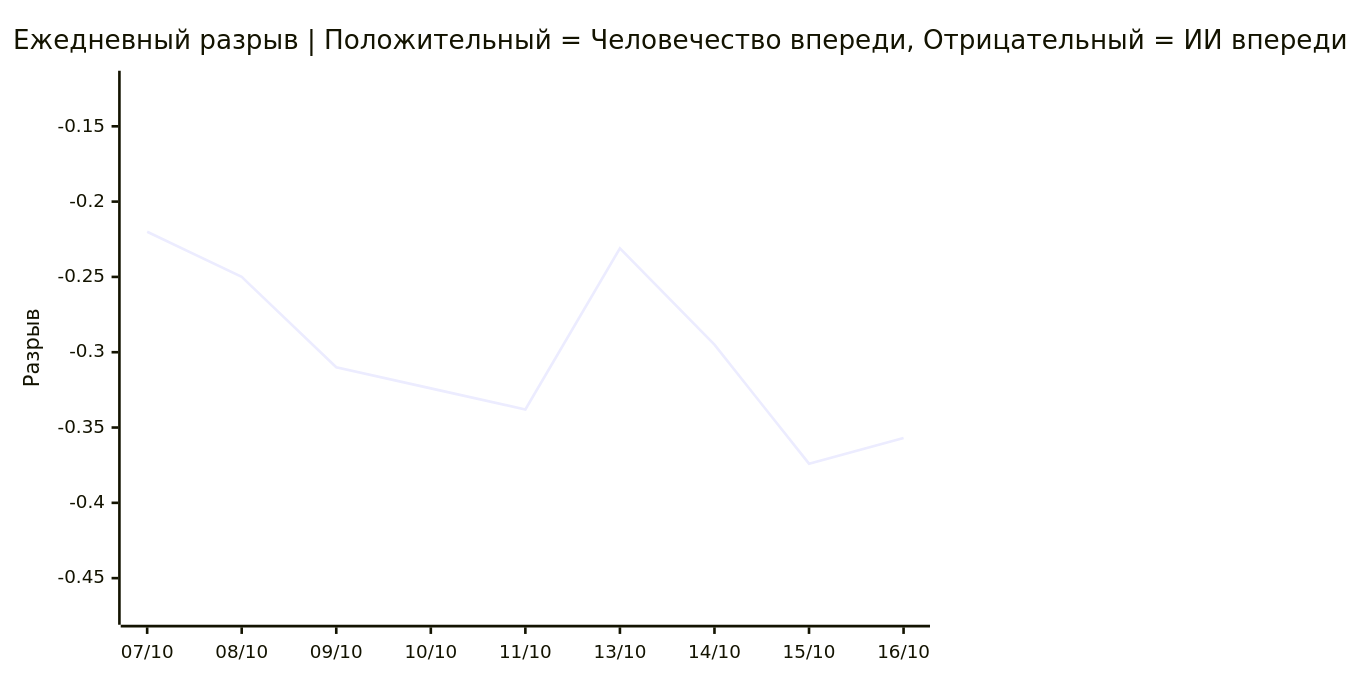
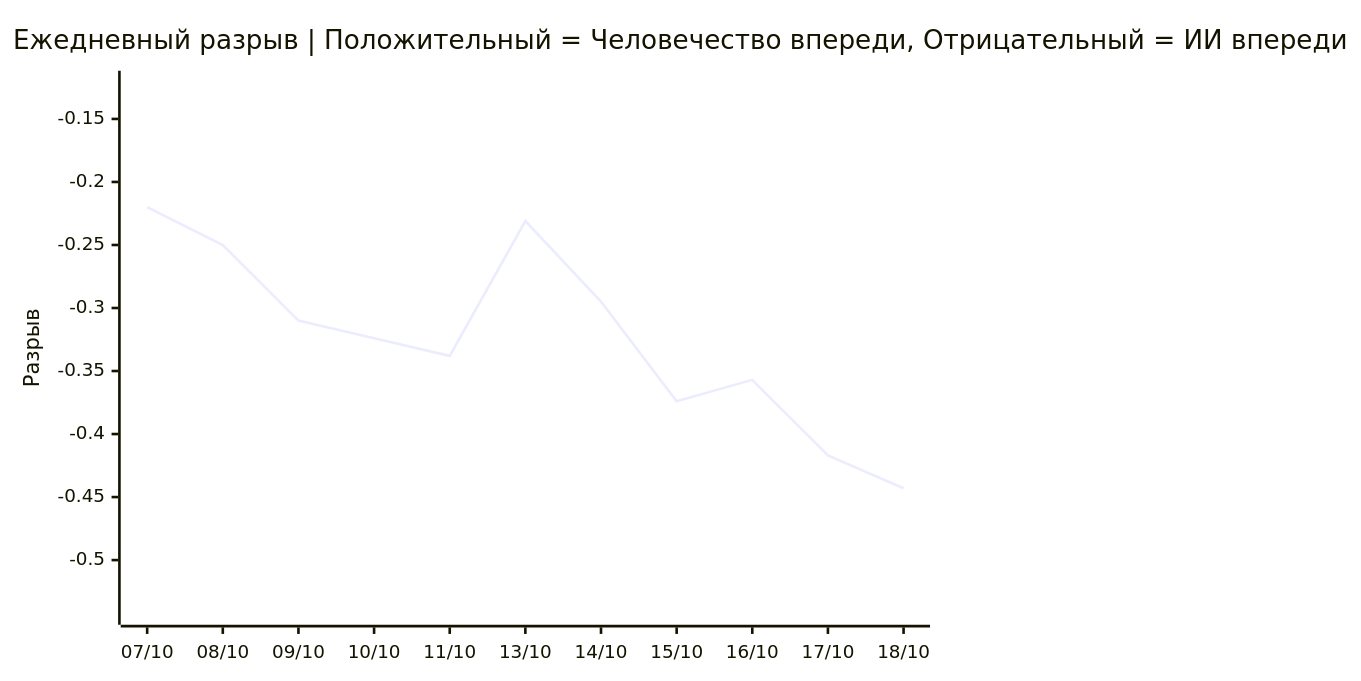
The third of 3 diagrams in README.ru.md (VQQLK/Human-AI-Monitor), drawn with Mermaid before and after one commit. The commit also changed other lines of this file and 10 other files, not shown here.

````diff
--- a/README.ru.md
+++ b/README.ru.md
@@ -54,7 +54,7 @@
 ```mermaid
 xychart-beta
     title "Ежедневный разрыв | Положительный = Человечество впереди, Отрицательный = ИИ впереди"
-    x-axis ["07/10", "08/10", "09/10", "10/10", "11/10", "13/10", "14/10", "15/10", "16/10"]
-    y-axis "Разрыв" -0.474 --> -0.120
-    line [-0.220, -0.250, -0.310, -0.324, -0.338, -0.231, -0.295, -0.374, -0.357]
+    x-axis ["07/10", "08/10", "09/10", "10/10", "11/10", "13/10", "14/10", "15/10", "16/10", "17/10", "18/10"]
+    y-axis "Разрыв" -0.543 --> -0.120
+    line [-0.220, -0.250, -0.310, -0.324, -0.338, -0.231, -0.295, -0.374, -0.357, -0.417, -0.443]
 ```
````
